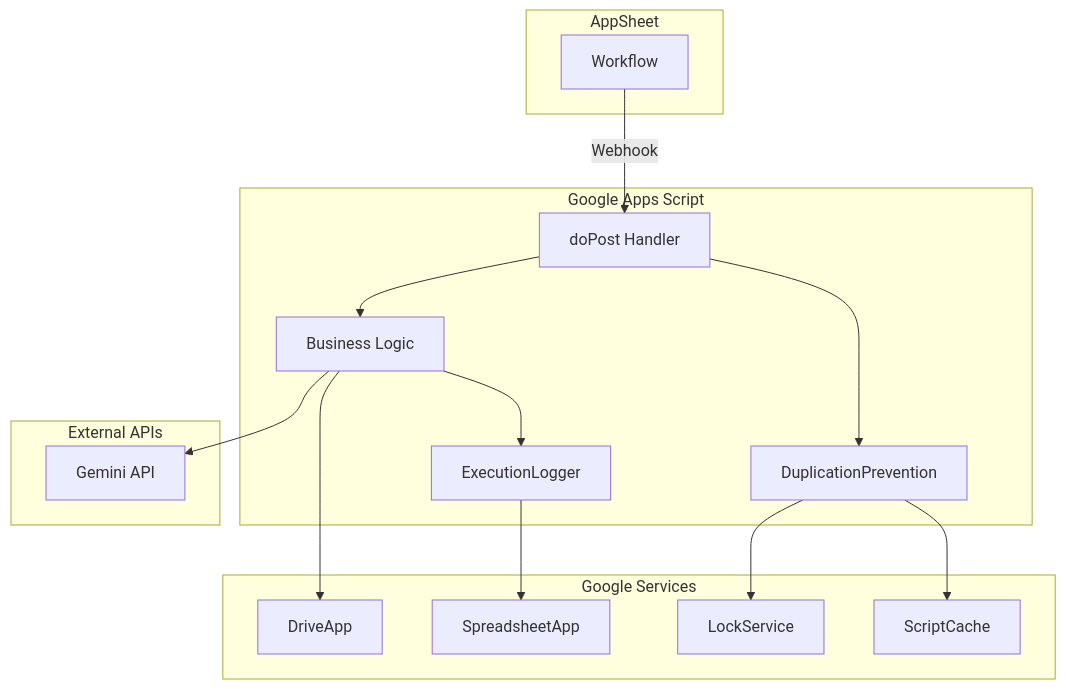
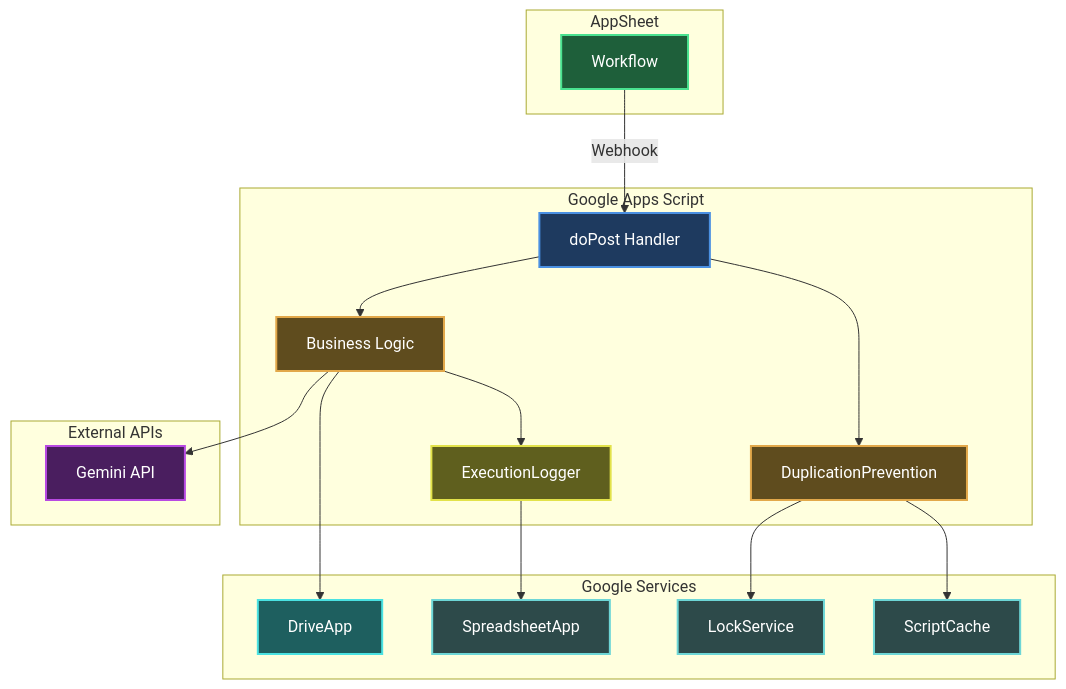
The eighth of 8 diagrams in gas_projects/projects/clients/Appsheet_関係機関_作成/FLOW.md (tasai-lab/appsheet-gas-automation), drawn with Mermaid before and after one commit. The commit also changed other lines of this file and 15 other files, not shown here.

First line of the commit message:
docs: FLOW.mdにダークモード対応配色を適用 - 全15プロジェクト完了

````diff
--- a/gas_projects/projects/clients/Appsheet_関係機関_作成/FLOW.md
+++ b/gas_projects/projects/clients/Appsheet_関係機関_作成/FLOW.md
@@ -200,35 +243,46 @@
 ```mermaid
 graph TB
     subgraph "AppSheet"
         A[Workflow]
     end
-    
+
     subgraph "Google Apps Script"
         B[doPost Handler]
         C[DuplicationPrevention]
         D[ExecutionLogger]
         E[Business Logic]
     end
-    
+
     subgraph "Google Services"
         F[ScriptCache]
         G[LockService]
         H[SpreadsheetApp]
         I[DriveApp]
     end
-    
+
     subgraph "External APIs"
         J[Gemini API]
     end
-    
+
     A -->|Webhook| B
     B --> C
     B --> E
     E --> D
-    
+
     C --> F
     C --> G
     D --> H
     E --> I
     E --> J
+
+    style A fill:#1e5f3a,stroke:#4ae290,stroke-width:2px,color:#ffffff
+    style B fill:#1e3a5f,stroke:#4a90e2,stroke-width:2px,color:#ffffff
+    style C fill:#5f4c1e,stroke:#e2a84a,stroke-width:2px,color:#ffffff
+    style D fill:#5f5f1e,stroke:#e2e24a,stroke-width:2px,color:#ffffff
+    style E fill:#5f4c1e,stroke:#e2a84a,stroke-width:2px,color:#ffffff
+    style F fill:#2d4a4a,stroke:#6dd6d6,stroke-width:2px,color:#ffffff
+    style G fill:#2d4a4a,stroke:#6dd6d6,stroke-width:2px,color:#ffffff
+    style H fill:#2d4a4a,stroke:#6dd6d6,stroke-width:2px,color:#ffffff
+    style I fill:#1e5f5f,stroke:#4ae2e2,stroke-width:2px,color:#ffffff
+    style J fill:#4a1e5f,stroke:#b84ae2,stroke-width:2px,color:#ffffff
 ```
````
